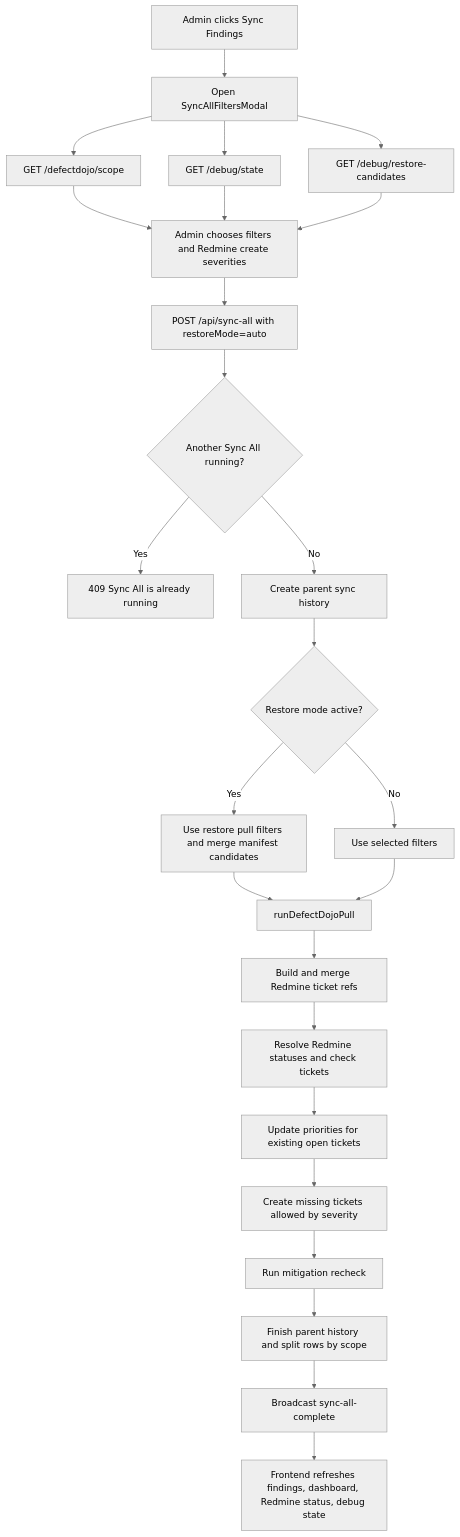
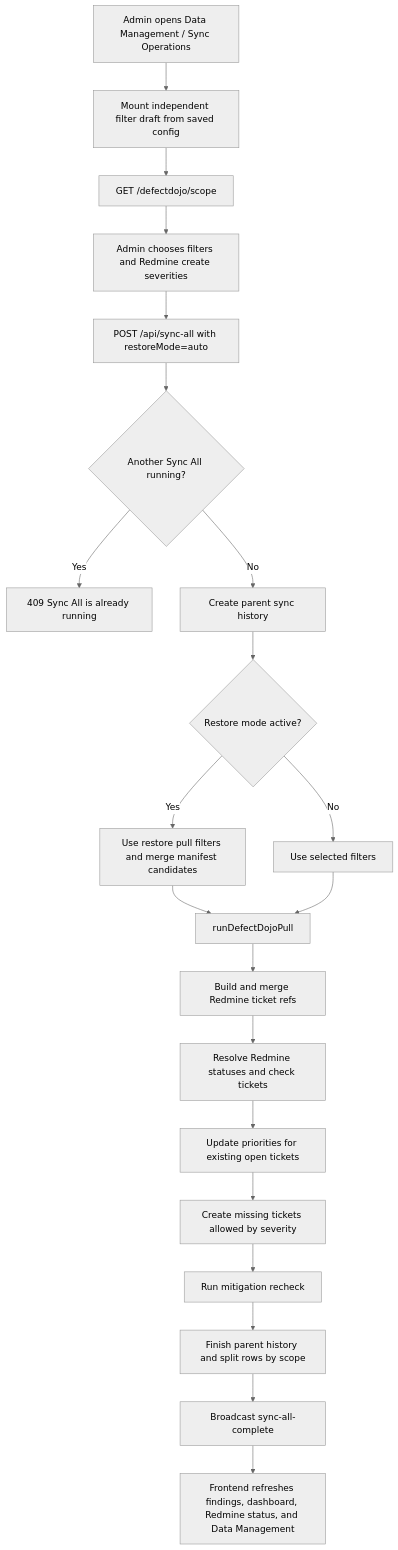
The ninth of 19 diagrams in apps/vulnerability/docs/feature-workflows.md (Ratthapoom681/Middleware-2.0), drawn with Mermaid (neutral theme) before and after one commit. The commit also changed other lines of this file and 73 other files, not shown here.

````diff
--- a/apps/vulnerability/docs/feature-workflows.md
+++ b/apps/vulnerability/docs/feature-workflows.md
@@ -229,27 +231,23 @@
 ```mermaid
 flowchart TD
-  A["Admin clicks Sync Findings"] --> B["Open SyncAllFiltersModal"]
+  A["Admin opens Data Management / Sync Operations"] --> B["Mount independent filter draft from saved config"]
   B --> C["GET /defectdojo/scope"]
-  B --> D["GET /debug/state"]
-  B --> E["GET /debug/restore-candidates"]
   C --> F["Admin chooses filters and Redmine create severities"]
-  D --> F
-  E --> F
   F --> G["POST /api/sync-all with restoreMode=auto"]
   G --> H{"Another Sync All running?"}
   H -- "Yes" --> I["409 Sync All is already running"]
   H -- "No" --> J["Create parent sync history"]
   J --> K{"Restore mode active?"}
   K -- "Yes" --> L["Use restore pull filters and merge manifest candidates"]
   K -- "No" --> M["Use selected filters"]
   L --> N["runDefectDojoPull"]
   M --> N
   N --> O["Build and merge Redmine ticket refs"]
   O --> P["Resolve Redmine statuses and check tickets"]
   P --> Q["Update priorities for existing open tickets"]
   Q --> R["Create missing tickets allowed by severity"]
   R --> S["Run mitigation recheck"]
   S --> T["Finish parent history and split rows by scope"]
   T --> U["Broadcast sync-all-complete"]
-  U --> V["Frontend refreshes findings, dashboard, Redmine status, debug state"]
+  U --> V["Frontend refreshes findings, dashboard, Redmine status, and Data Management"]
 ```
````
